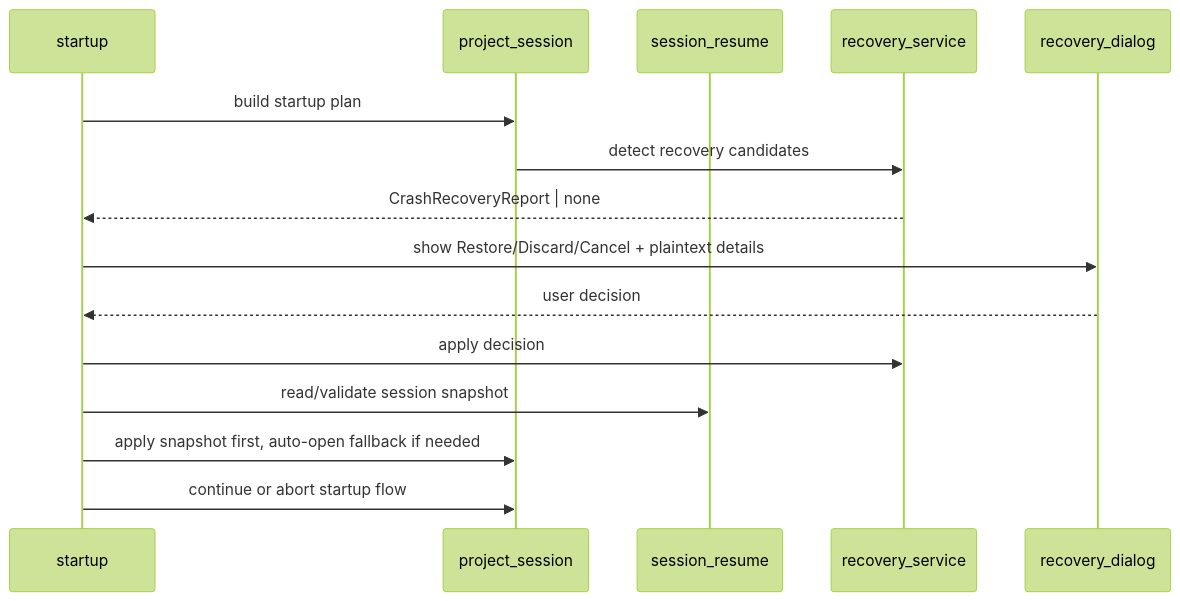
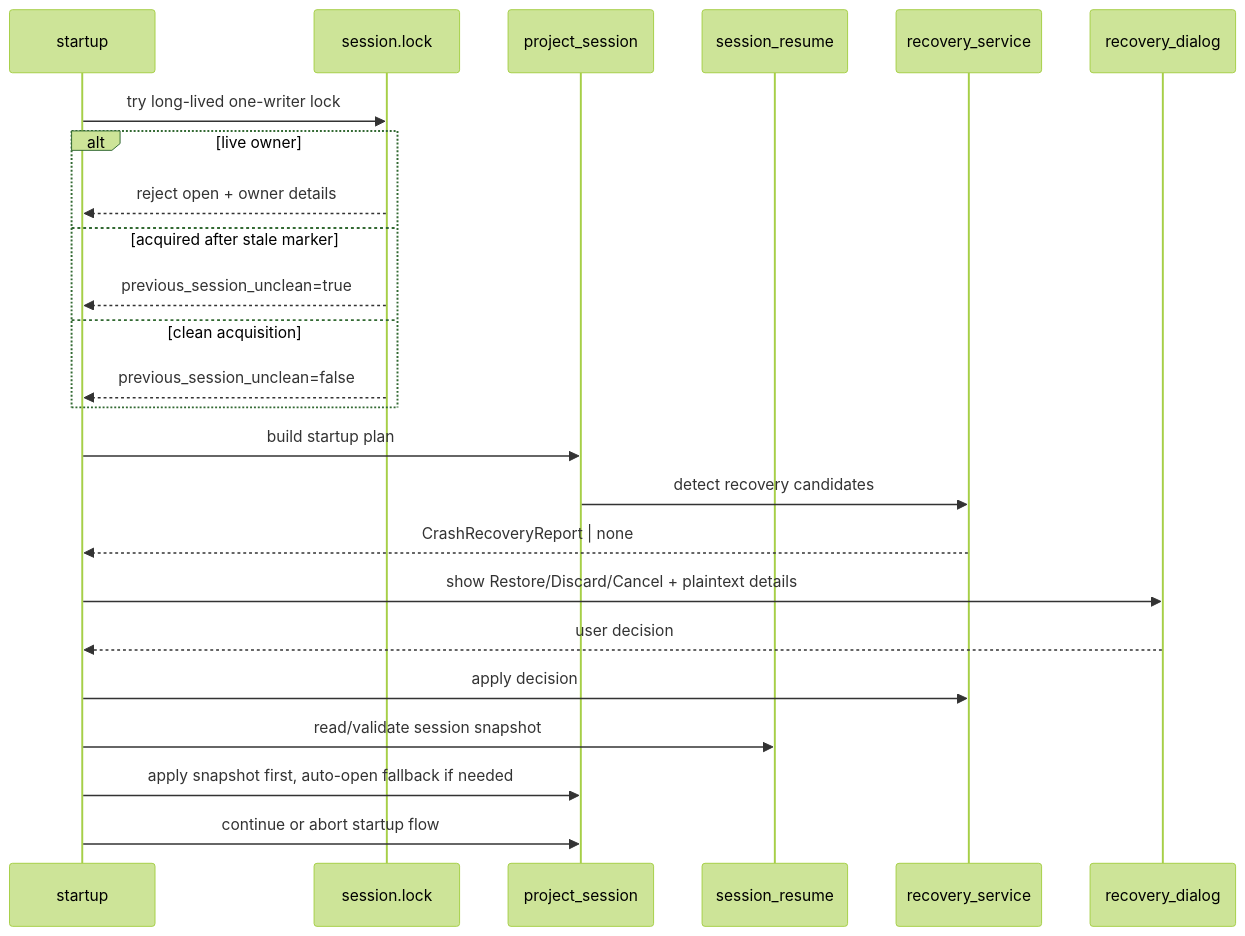
Before and after one commit to PlagaMedicum/TranslationZed-py: the diagram in docs/spec/v0_9/crash_recovery_uc12.md, drawn with Mermaid (forest theme). The commit also changed other lines of this file and 26 other files, not shown here.

````diff
--- a/docs/spec/v0_9/crash_recovery_uc12.md
+++ b/docs/spec/v0_9/crash_recovery_uc12.md
@@ -79,18 +92,27 @@
 ```mermaid
 sequenceDiagram
   participant APP as startup
+  participant LOCK as session.lock
   participant PS as project_session
   participant SR as session_resume
   participant CR as recovery_service
   participant UI as recovery_dialog
 
+  APP->>LOCK: try long-lived one-writer lock
+  alt live owner
+    LOCK-->>APP: reject open + owner details
+  else acquired after stale marker
+    LOCK-->>APP: previous_session_unclean=true
+  else clean acquisition
+    LOCK-->>APP: previous_session_unclean=false
+  end
   APP->>PS: build startup plan
   PS->>CR: detect recovery candidates
   CR-->>APP: CrashRecoveryReport | none
   APP->>UI: show Restore/Discard/Cancel + plaintext details
   UI-->>APP: user decision
   APP->>CR: apply decision
   APP->>SR: read/validate session snapshot
   APP->>PS: apply snapshot first, auto-open fallback if needed
   APP->>PS: continue or abort startup flow
 ```
````
